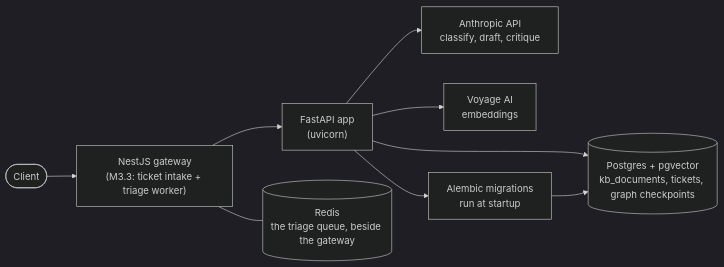
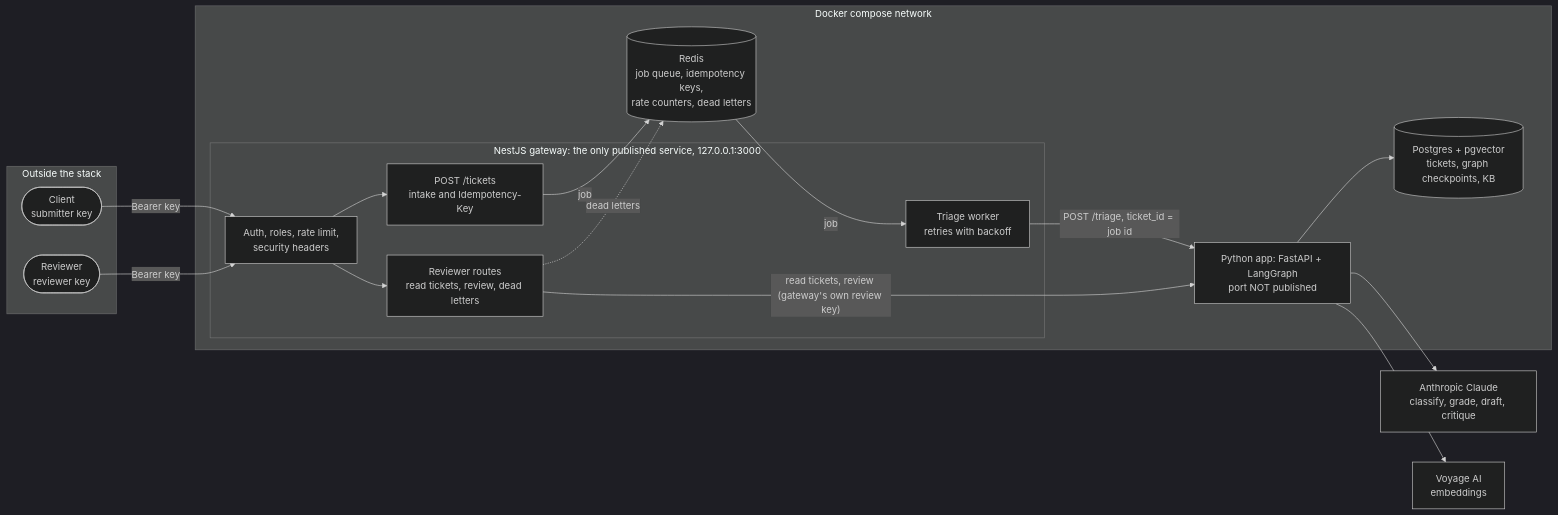
The second of 2 diagrams in README.md (ObiomaIkpe/TriageIQ), drawn with Mermaid (dark theme) before and after one commit. The commit also changed other lines of this file and 4 other files, not shown here.

Commit message:
add e2e smoke test and finish M3 docs (architecture, security, troubleshooting)

````diff
--- a/README.md
+++ b/README.md
@@ -62,11 +62,35 @@
 ```mermaid
 flowchart LR
-    client([Client]) --> gateway["NestJS gateway<br/>(M3.3: ticket intake + triage worker)"]
-    gateway --> app
-    gateway --- redis[("Redis<br/>the triage queue, beside the gateway")]
-    app["FastAPI app<br/>(uvicorn)"] --> anthropic["Anthropic API<br/>classify, draft, critique"]
-    app --> voyage["Voyage AI<br/>embeddings"]
-    app --> pg[("Postgres + pgvector<br/>kb_documents, tickets, graph checkpoints")]
-    app --> alembic["Alembic migrations<br/>run at startup"]
-    alembic --> pg
+    subgraph outside ["Outside the stack"]
+        client(["Client<br/>submitter key"])
+        reviewer(["Reviewer<br/>reviewer key"])
+    end
+
+    subgraph compose ["Docker compose network"]
+        subgraph gw ["NestJS gateway: the only published service, 127.0.0.1:3000"]
+            guards["Auth, roles, rate limit,<br/>security headers"]
+            intake["POST /tickets<br/>intake and Idempotency-Key"]
+            passthrough["Reviewer routes<br/>read tickets, review, dead letters"]
+            worker["Triage worker<br/>retries with backoff"]
+        end
+        redis[("Redis<br/>job queue, idempotency keys,<br/>rate counters, dead letters")]
+        app["Python app: FastAPI + LangGraph<br/>port NOT published"]
+        pg[("Postgres + pgvector<br/>tickets, graph checkpoints, KB")]
+    end
+
+    claude["Anthropic Claude<br/>classify, grade, draft, critique"]
+    voyage["Voyage AI<br/>embeddings"]
+
+    client -->|"Bearer key"| guards
+    reviewer -->|"Bearer key"| guards
+    guards --> intake
+    guards --> passthrough
+    intake -->|"job"| redis
+    redis -->|"job"| worker
+    worker -->|"POST /triage, ticket_id = job id"| app
+    passthrough -->|"read tickets, review (gateway's own review key)"| app
+    passthrough -.->|"dead letters"| redis
+    app --> pg
+    app --> claude
+    app --> voyage
 ```
````
